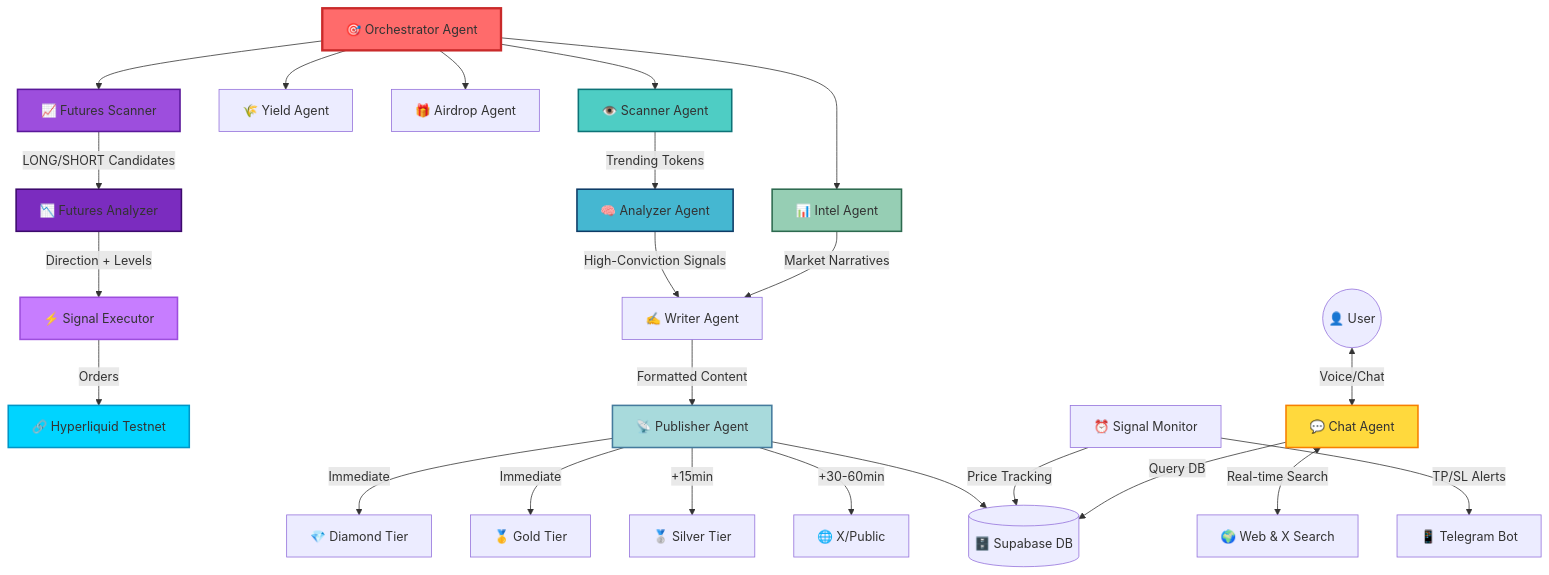
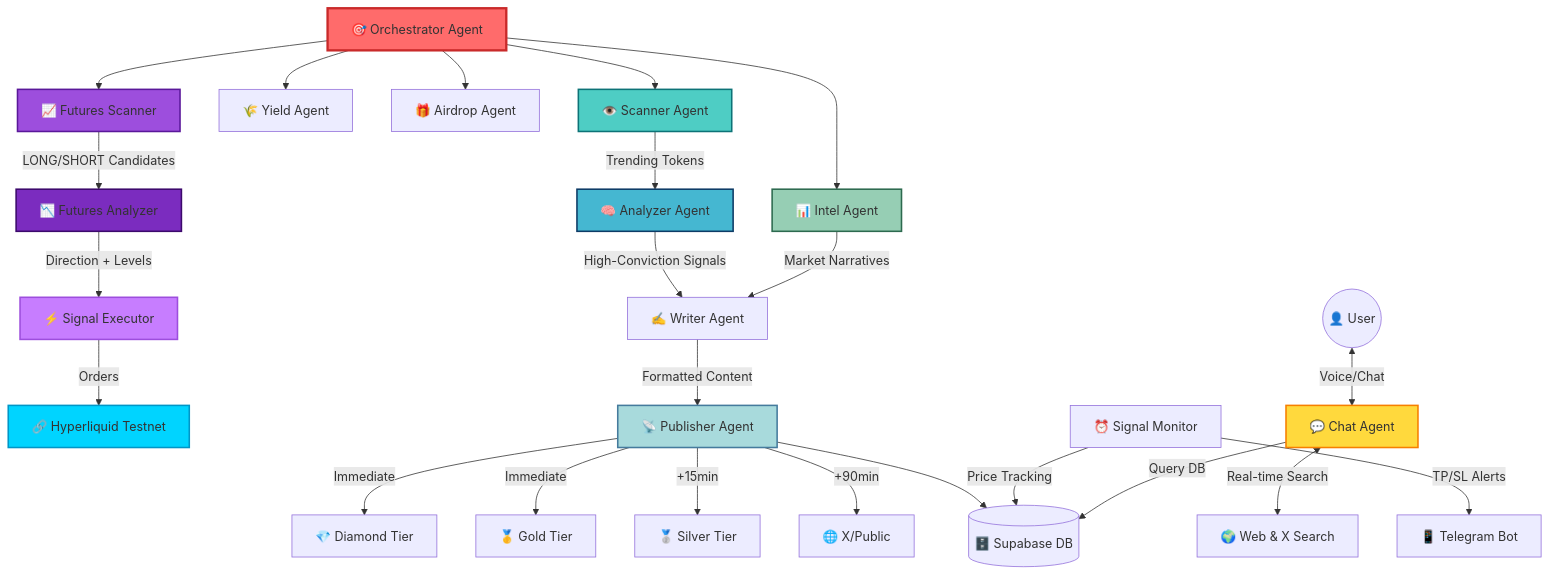
One commit to zaikaman/RogueAgent changed the diagram in README.md. Above: the diagram before and after it, drawn with Mermaid. The commit also changed other lines of this file and 13 other files, not shown here.

````diff
--- a/README.md
+++ b/README.md
@@ -106,41 +106,41 @@
 ```mermaid
 graph TD
     Orchestrator[🎯 Orchestrator Agent] --> Scanner[👁️ Scanner Agent]
     Orchestrator --> Intel[📊 Intel Agent]
     Orchestrator --> Yield[🌾 Yield Agent]
     Orchestrator --> Airdrop[🎁 Airdrop Agent]
     Orchestrator --> FuturesScanner[📈 Futures Scanner]
     
     Scanner -->|Trending Tokens| Analyzer[🧠 Analyzer Agent]
     Analyzer -->|High-Conviction Signals| Writer[✍️ Writer Agent]
     Intel -->|Market Narratives| Writer
     
     FuturesScanner -->|LONG/SHORT Candidates| FuturesAnalyzer[📉 Futures Analyzer]
     FuturesAnalyzer -->|Direction + Levels| FuturesExecutor[⚡ Signal Executor]
     FuturesExecutor -->|Orders| Hyperliquid[🔗 Hyperliquid Testnet]
     
     Writer -->|Formatted Content| Publisher[📡 Publisher Agent]
     Publisher -->|Immediate| Diamond[💎 Diamond Tier]
     Publisher -->|Immediate| Gold[🥇 Gold Tier]
     Publisher -->|+15min| Silver[🥈 Silver Tier]
-    Publisher -->|+30-60min| Public[🌐 X/Public]
+    Publisher -->|+90min| Public[🌐 X/Public]
     Publisher --> DB[(🗄️ Supabase DB)]
     
     Monitor[⏰ Signal Monitor] -->|Price Tracking| DB
     Monitor -->|TP/SL Alerts| Telegram[📱 Telegram Bot]
     
     User((👤 User)) <-->|Voice/Chat| ChatAgent[💬 Chat Agent]
     ChatAgent <-->|Real-time Search| Web[🌍 Web & X Search]
     ChatAgent -->|Query DB| DB
     
     style Orchestrator fill:#ff6b6b,stroke:#c92a2a,stroke-width:3px
     style Scanner fill:#4ecdc4,stroke:#0d7377,stroke-width:2px
     style Analyzer fill:#45b7d1,stroke:#0d3b66,stroke-width:2px
     style Intel fill:#96ceb4,stroke:#2d6a4f,stroke-width:2px
     style ChatAgent fill:#ffd93d,stroke:#f77f00,stroke-width:2px
     style Publisher fill:#a8dadc,stroke:#457b9d,stroke-width:2px
     style FuturesScanner fill:#9d4edd,stroke:#5a189a,stroke-width:2px
     style FuturesAnalyzer fill:#7b2cbf,stroke:#3c096c,stroke-width:2px
     style FuturesExecutor fill:#c77dff,stroke:#9d4edd,stroke-width:2px
     style Hyperliquid fill:#00d4ff,stroke:#0096c7,stroke-width:2px
 ```
````
